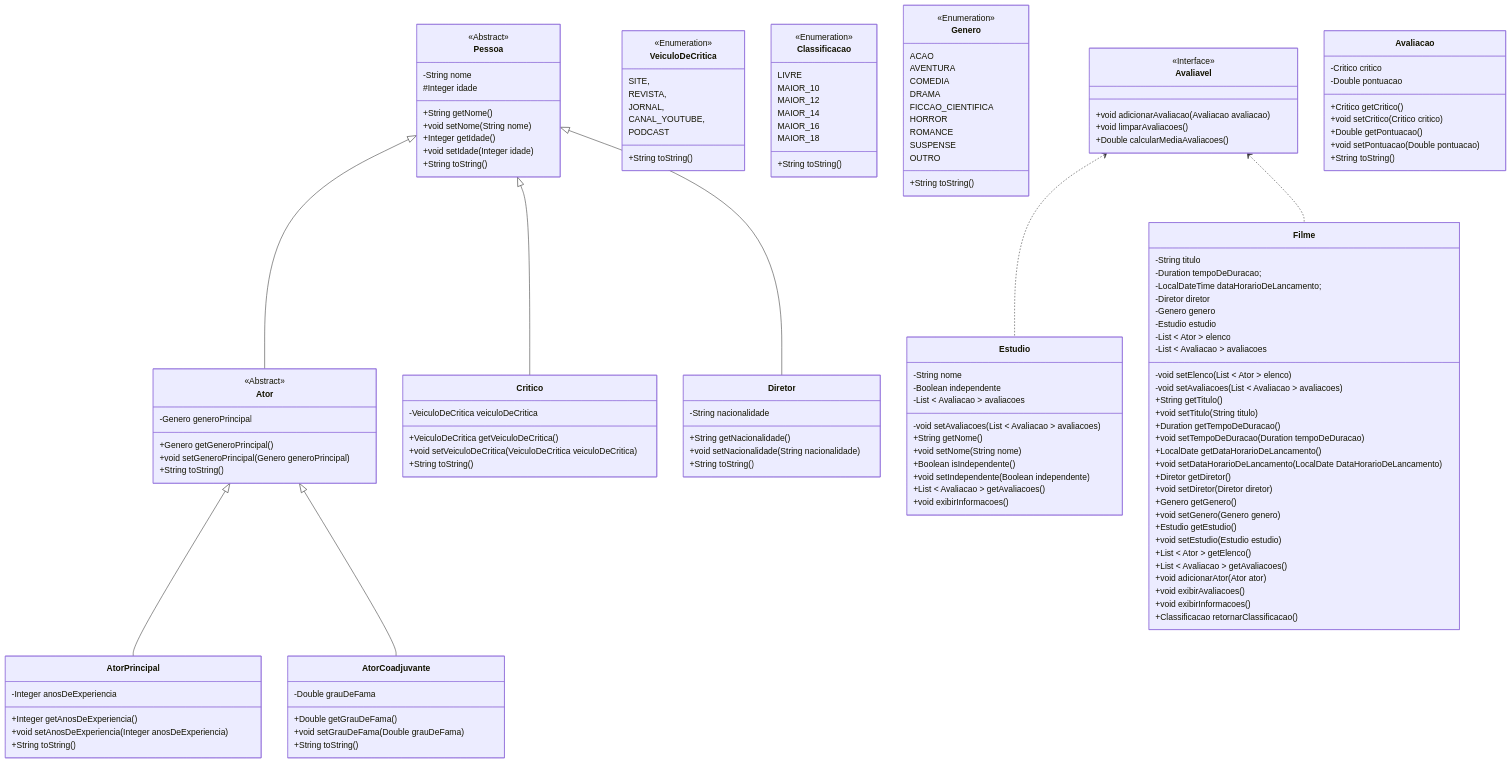
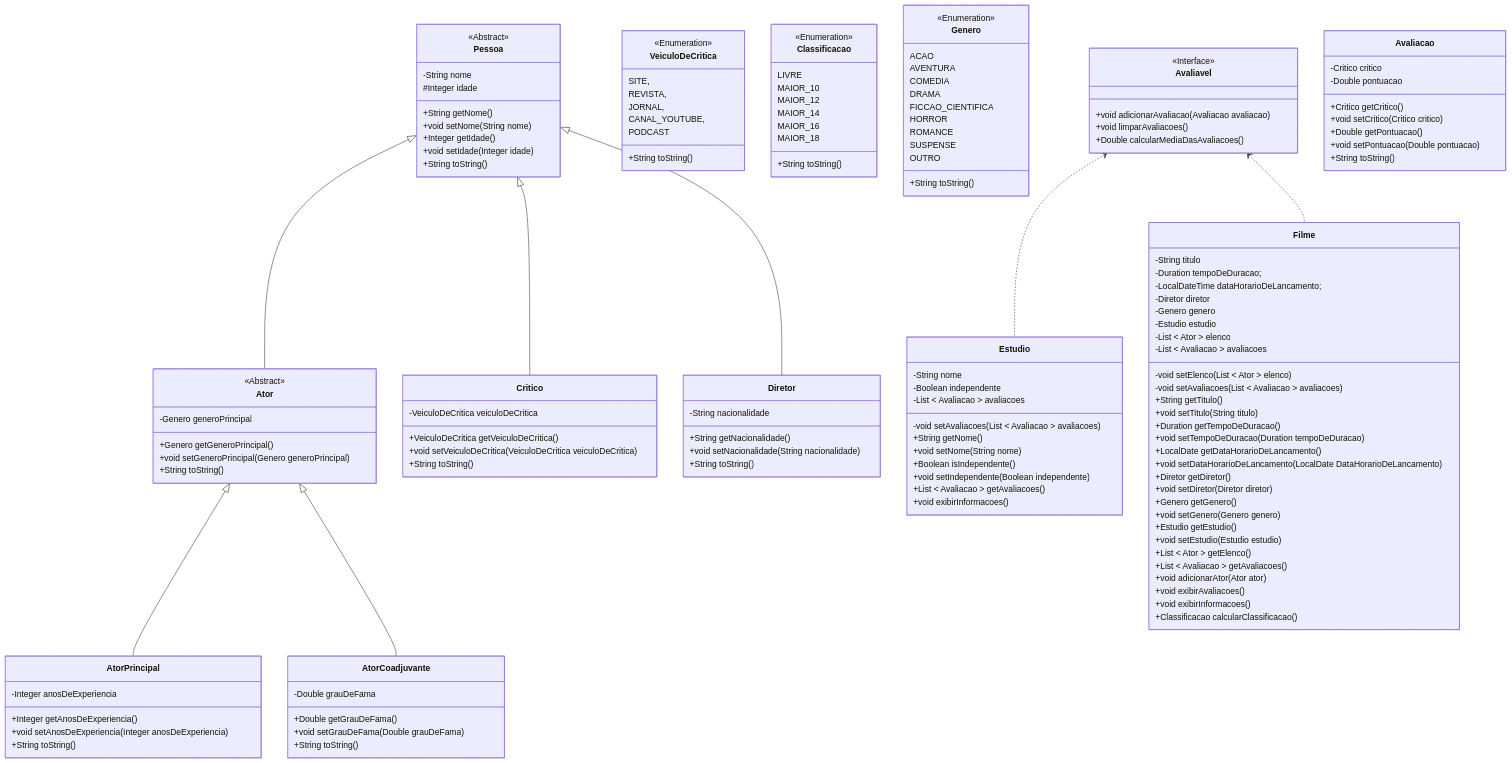
One commit to heltonricardo/enunciados-exercicios-java changed the diagram in exercicio-003/versao-001/README.md. Above: the diagram before and after it, drawn with Mermaid.

Commit message:
exercicio 3-1

```diff
--- a/exercicio-003/versao-001/README.md
+++ b/exercicio-003/versao-001/README.md
@@ -151,14 +151,14 @@
   +void adicionarAtor(Ator ator)
   +void exibirAvaliacoes()
   +void exibirInformacoes()
-  +Classificacao retornarClassificacao() 
+  +Classificacao calcularClassificacao()
 }
 
 class Avaliavel {
   <<Interface>>
   +void adicionarAvaliacao(Avaliacao avaliacao)
   +void limparAvaliacoes()
-  +Double calcularMediaAvaliacoes()
+  +Double calcularMediaDasAvaliacoes()
 }
 
 class Avaliacao {
```
